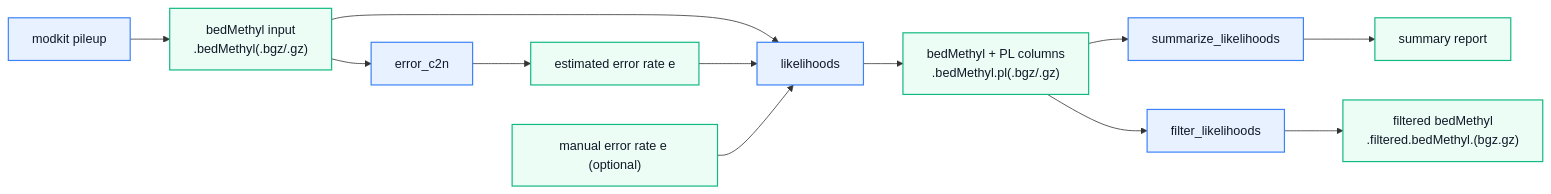
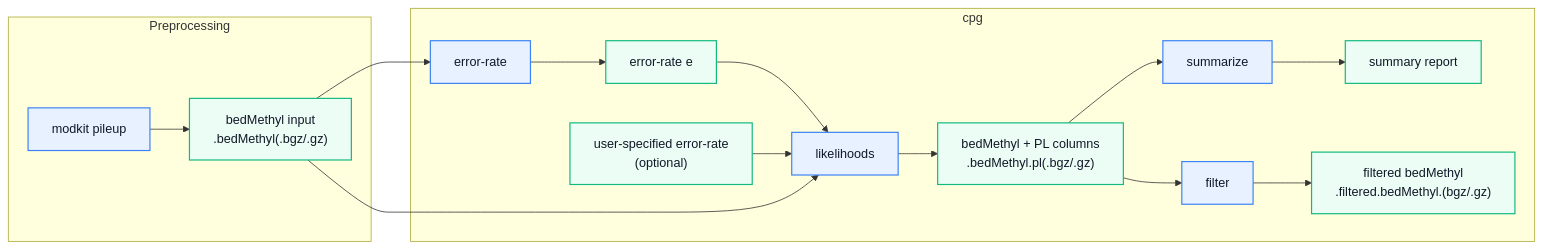
One commit to SrenBlikdal/cpg_likelihoods changed the diagram in README.md. Above: the diagram before and after it, drawn with Mermaid. The commit also changed other lines of this file, not shown here.

Commit message:
update readme to cpg [subcommand] CLI and change to a more clean structure

````diff
--- a/README.md
+++ b/README.md
@@ -4,40 +28,42 @@
 ```mermaid
 flowchart LR
-    %% Tool nodes
-    T1["modkit pileup"]
-    T2["error_c2n"]
-    T3["likelihoods"]
-    T4["summarize_likelihoods"]
-    T5["filter_likelihoods"]
 
-    %% File nodes
-    F1["bedMethyl input<br/>.bedMethyl(.bgz/.gz)"]
-    F2["estimated error rate e"]
-    F3["manual error rate e (optional)"]
-    F4["bedMethyl + PL columns<br/>.bedMethyl.pl(.bgz/.gz)"]
-    F5["summary report"]
-    F6["filtered bedMethyl<br/>.filtered.bedMethyl.(bgz.gz)"]
+    subgraph EXT["Preprocessing"]
+        T1["modkit pileup"]
+        F1["bedMethyl input\n.bedMethyl(.bgz/.gz)"]
+        T1 --> F1
+    end
 
-    %% Flow
-    T1 --> F1
+    subgraph CPG["cpg"]
+        T2["error-rate"]
+        T3["likelihoods"]
+        T4["summarize"]
+        T5["filter"]
+
+        F2["error-rate e"]
+        F3["user-specified error-rate\n(optional)"]
+        F4["bedMethyl + PL columns\n.bedMethyl.pl(.bgz/.gz)"]
+        F5["summary report"]
+        F6["filtered bedMethyl\n.filtered.bedMethyl.(bgz/.gz)"]
+
+        T2 --> F2
+        F2 --> T3
+        F3 --> T3
+
+        T3 --> F4
+        F4 --> T4
+        T4 --> F5
+
+        F4 --> T5
+        T5 --> F6
+    end
+
     F1 --> T2
-    T2 --> F2
+    F1 --> T3
 
-    F1 --> T3
-    F2 --> T3
-    F3 --> T3
+    classDef tool fill:#e8f1ff,stroke:#3b82f6,stroke-width:1.5px,color:#111827
+    classDef file fill:#ecfdf5,stroke:#10b981,stroke-width:1.5px,color:#111827
 
-    T3 --> F4
-    F4 --> T4
-    T4 --> F5
-
-    F4 --> T5
-    T5 --> F6
-
-    %% Styling
-    classDef tool fill:#e8f1ff,stroke:#3b82f6,stroke-width:1.5px,color:#111827;
-    classDef file fill:#ecfdf5,stroke:#10b981,stroke-width:1.5px,color:#111827;
-
-    class T1,T2,T3,T4,T5 tool;
-    class F1,F2,F3,F4,F5,F6 file;
+    class T1,T2,T3,T4,T5 tool
+    class F1,F2,F3,F4,F5,F6 file
 ```
````
